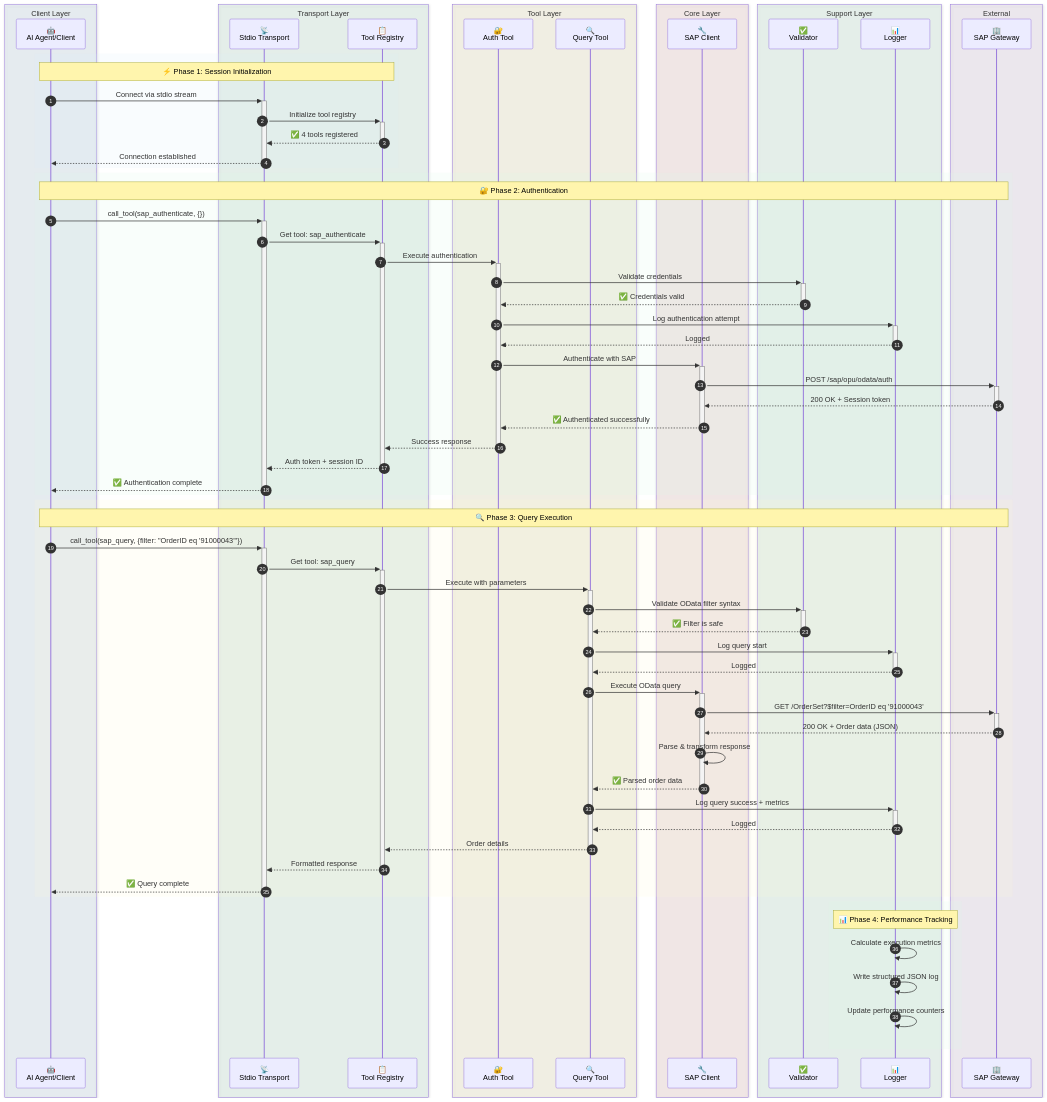
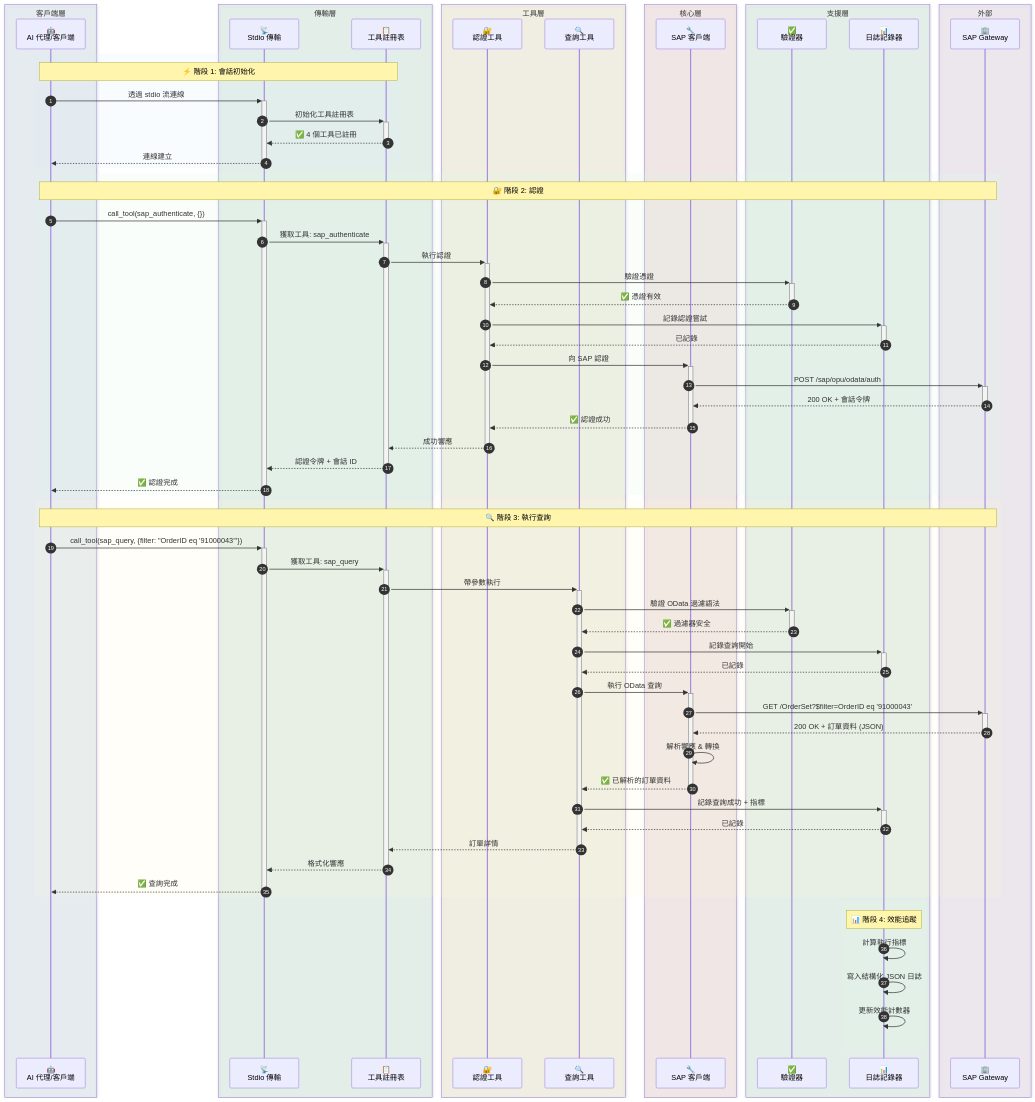
One commit to midasol/sap-mcp-server changed the third of 5 diagrams in README.zh-TW.md. Above: the diagram before and after it, drawn with Mermaid. The commit also changed other lines of this file and 7 other files, not shown here.

````diff
--- a/README.zh-TW.md
+++ b/README.zh-TW.md
@@ -197,79 +276,79 @@
 ```mermaid
 sequenceDiagram
     autonumber
-    box rgba(214, 234, 248, 0.3) Client Layer
-        participant Client as 🤖<br/>AI Agent/Client
+    box rgba(214, 234, 248, 0.3) 客戶端層
+        participant Client as 🤖<br/>AI 代理/客戶端
     end
-    box rgba(213, 245, 227, 0.3) Transport Layer
-        participant Transport as 📡<br/>Stdio Transport
-        participant Registry as 📋<br/>Tool Registry
+    box rgba(213, 245, 227, 0.3) 傳輸層
+        participant Transport as 📡<br/>Stdio 傳輸
+        participant Registry as 📋<br/>工具註冊表
     end
-    box rgba(252, 243, 207, 0.3) Tool Layer
-        participant AuthTool as 🔐<br/>Auth Tool
-        participant QueryTool as 🔍<br/>Query Tool
+    box rgba(252, 243, 207, 0.3) 工具層
+        participant AuthTool as 🔐<br/>認證工具
+        participant QueryTool as 🔍<br/>查詢工具
     end
-    box rgba(250, 219, 216, 0.3) Core Layer
-        participant SAPClient as 🔧<br/>SAP Client
+    box rgba(250, 219, 216, 0.3) 核心層
+        participant SAPClient as 🔧<br/>SAP 客戶端
     end
-    box rgba(213, 245, 227, 0.3) Support Layer
-        participant Validator as ✅<br/>Validator
-        participant Logger as 📊<br/>Logger
+    box rgba(213, 245, 227, 0.3) 支援層
+        participant Validator as ✅<br/>驗證器
+        participant Logger as 📊<br/>日誌記錄器
     end
-    box rgba(235, 222, 240, 0.3) External
+    box rgba(235, 222, 240, 0.3) 外部
         participant SAP as 🏢<br/>SAP Gateway
     end
 
     rect rgba(214, 234, 248, 0.15)
-        Note over Client,Registry: ⚡ Phase 1: Session Initialization
-        Client->>+Transport: Connect via stdio stream
-        Transport->>+Registry: Initialize tool registry
-        Registry-->>-Transport: ✅ 4 tools registered
-        Transport-->>-Client: Connection established
+        Note over Client,Registry: ⚡ 階段 1: 會話初始化
+        Client->>+Transport: 透過 stdio 流連線
+        Transport->>+Registry: 初始化工具註冊表
+        Registry-->>-Transport: ✅ 4 個工具已註冊
+        Transport-->>-Client: 連線建立
     end
 
     rect rgba(213, 245, 227, 0.15)
-        Note over Client,SAP: 🔐 Phase 2: Authentication
+        Note over Client,SAP: 🔐 階段 2: 認證
         Client->>+Transport: call_tool(sap_authenticate, {})
-        Transport->>+Registry: Get tool: sap_authenticate
-        Registry->>+AuthTool: Execute authentication
-        AuthTool->>+Validator: Validate credentials
-        Validator-->>-AuthTool: ✅ Credentials valid
-        AuthTool->>+Logger: Log authentication attempt
-        Logger-->>-AuthTool: Logged
-        AuthTool->>+SAPClient: Authenticate with SAP
+        Transport->>+Registry: 獲取工具: sap_authenticate
+        Registry->>+AuthTool: 執行認證
+        AuthTool->>+Validator: 驗證憑證
+        Validator-->>-AuthTool: ✅ 憑證有效
+        AuthTool->>+Logger: 記錄認證嘗試
+        Logger-->>-AuthTool: 已記錄
+        AuthTool->>+SAPClient: 向 SAP 認證
         SAPClient->>+SAP: POST /sap/opu/odata/auth
-        SAP-->>-SAPClient: 200 OK + Session token
-        SAPClient-->>-AuthTool: ✅ Authenticated successfully
-        AuthTool-->>-Registry: Success response
-        Registry-->>-Transport: Auth token + session ID
-        Transport-->>-Client: ✅ Authentication complete
+        SAP-->>-SAPClient: 200 OK + 會話令牌
+        SAPClient-->>-AuthTool: ✅ 認證成功
+        AuthTool-->>-Registry: 成功響應
+        Registry-->>-Transport: 認證令牌 + 會話 ID
+        Transport-->>-Client: ✅ 認證完成
     end
 
     rect rgba(252, 243, 207, 0.15)
-        Note over Client,SAP: 🔍 Phase 3: Query Execution
+        Note over Client,SAP: 🔍 階段 3: 執行查詢
         Client->>+Transport: call_tool(sap_query, {filter: "OrderID eq '91000043'"})
-        Transport->>+Registry: Get tool: sap_query
-        Registry->>+QueryTool: Execute with parameters
-        QueryTool->>+Validator: Validate OData filter syntax
-        Validator-->>-QueryTool: ✅ Filter is safe
-        QueryTool->>+Logger: Log query start
-        Logger-->>-QueryTool: Logged
-        QueryTool->>+SAPClient: Execute OData query
+        Transport->>+Registry: 獲取工具: sap_query
+        Registry->>+QueryTool: 帶參數執行
+        QueryTool->>+Validator: 驗證 OData 過濾語法
+        Validator-->>-QueryTool: ✅ 過濾器安全
+        QueryTool->>+Logger: 記錄查詢開始
+        Logger-->>-QueryTool: 已記錄
+        QueryTool->>+SAPClient: 執行 OData 查詢
         SAPClient->>+SAP: GET /OrderSet?$filter=OrderID eq '91000043'
-        SAP-->>-SAPClient: 200 OK + Order data (JSON)
-        SAPClient->>SAPClient: Parse & transform response
-        SAPClient-->>-QueryTool: ✅ Parsed order data
-        QueryTool->>+Logger: Log query success + metrics
-        Logger-->>-QueryTool: Logged
-        QueryTool-->>-Registry: Order details
-        Registry-->>-Transport: Formatted response
-        Transport-->>-Client: ✅ Query complete
+        SAP-->>-SAPClient: 200 OK + 訂單資料 (JSON)
+        SAPClient->>SAPClient: 解析響應 & 轉換
+        SAPClient-->>-QueryTool: ✅ 已解析的訂單資料
+        QueryTool->>+Logger: 記錄查詢成功 + 指標
+        Logger-->>-QueryTool: 已記錄
+        QueryTool-->>-Registry: 訂單詳情
+        Registry-->>-Transport: 格式化響應
+        Transport-->>-Client: ✅ 查詢完成
     end
 
     rect rgba(213, 245, 227, 0.15)
-        Note over Logger: 📊 Phase 4: Performance Tracking
-        Logger->>Logger: Calculate execution metrics
-        Logger->>Logger: Write structured JSON log
-        Logger->>Logger: Update performance counters
+        Note over Logger: 📊 階段 4: 效能追蹤
+        Logger->>Logger: 計算執行指標
+        Logger->>Logger: 寫入結構化 JSON 日誌
+        Logger->>Logger: 更新效能計數器
     end
 ```
````
